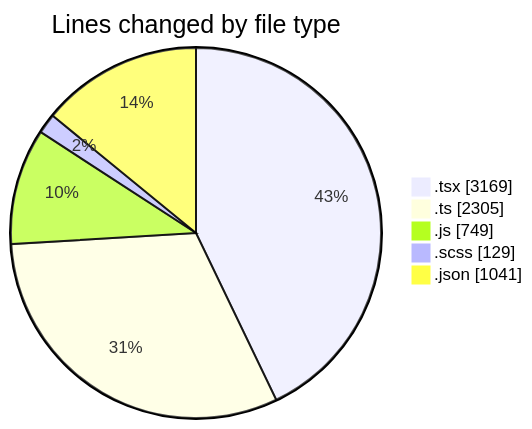
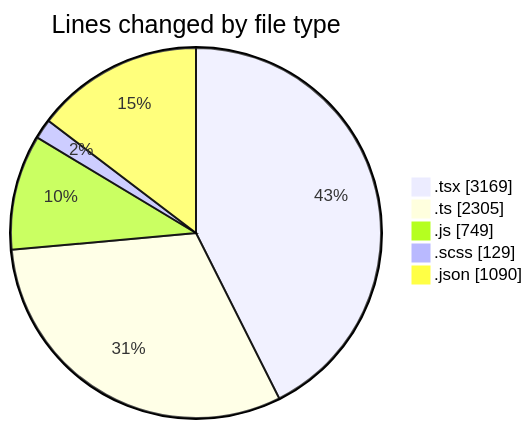
The first of 2 diagrams in 2026-06-15/cda/README.md (momahboobian/code-tracking), drawn with Mermaid before and after one commit. The commit also changed other lines of this file and 1 other file, not shown here.

````diff
--- a/2026-06-15/cda/README.md
+++ b/2026-06-15/cda/README.md
@@ -61,9 +61,9 @@
 ```mermaid
 pie showData
 title Lines changed by file type
 ".tsx" : 3169
 ".ts" : 2305
 ".js" : 749
 ".scss" : 129
-".json" : 1041
+".json" : 1090
 ```
````
